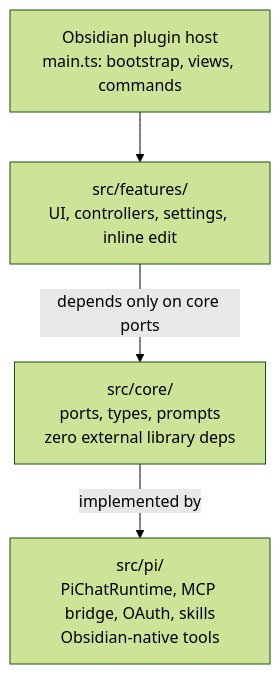
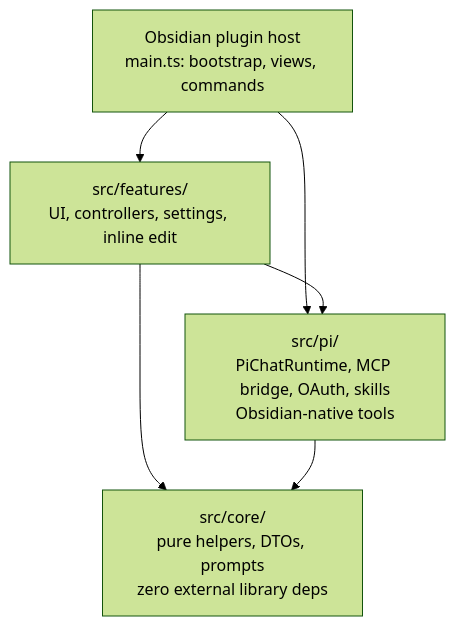
Before and after one commit to shuuul/obsidian-pivi: the diagram in README.md, drawn with Mermaid (forest theme). The commit also changed other lines of this file and 45 other files, not shown here.

First line of the commit message:
refactor(arch): remove hexagonal abstraction artifacts for Pi-only architecture

````diff
--- a/README.md
+++ b/README.md
@@ -67,11 +67,13 @@
 ```mermaid
 flowchart TB
   host["Obsidian plugin host<br/>main.ts: bootstrap, views, commands"]
   features["src/features/<br/>UI, controllers, settings, inline edit"]
-  core["src/core/<br/>ports, types, prompts<br/>zero external library deps"]
+  core["src/core/<br/>pure helpers, DTOs, prompts<br/>zero external library deps"]
   pi["src/pi/<br/>PiChatRuntime, MCP bridge, OAuth, skills<br/>Obsidian-native tools"]
 
   host --> features
-  features -->|depends only on core ports| core
-  core -->|implemented by| pi
+  host --> pi
+  features --> pi
+  features --> core
+  pi --> core
 ```
````
